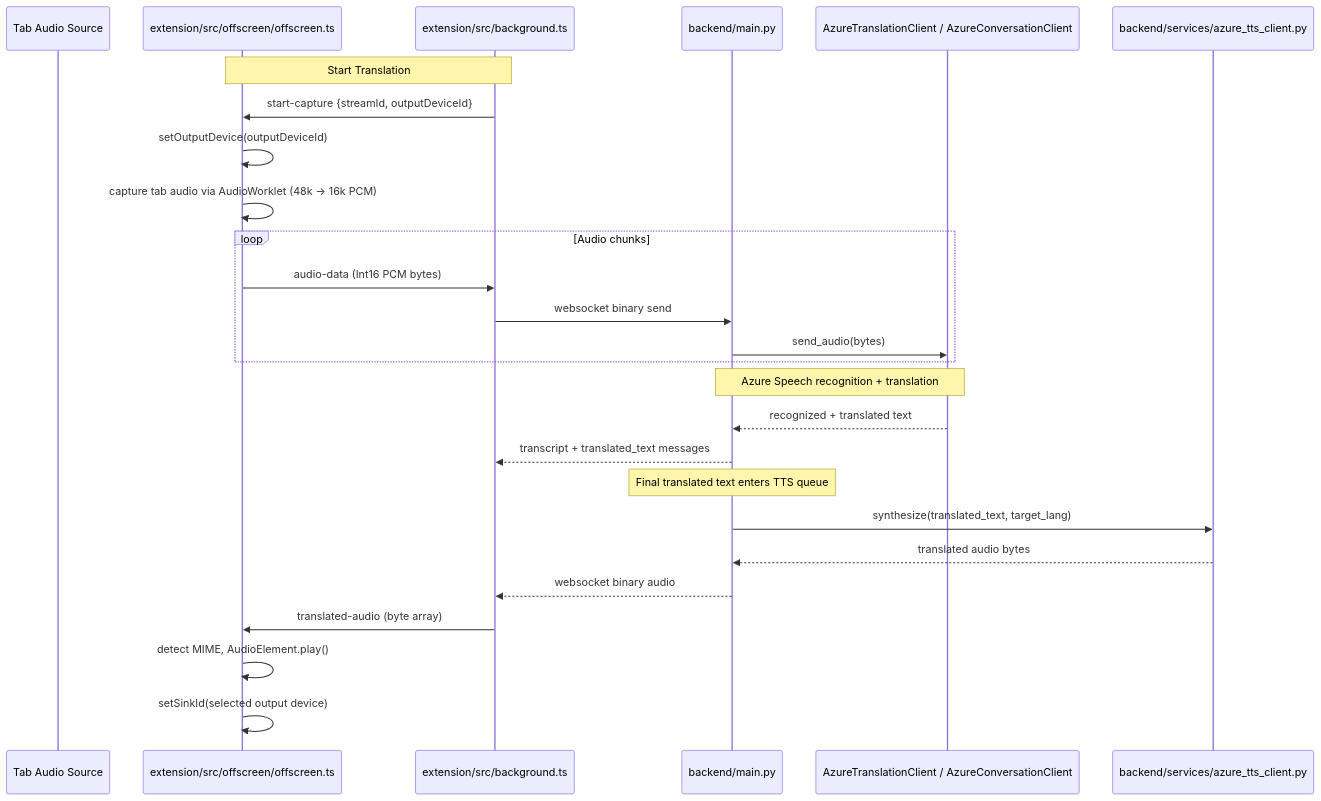
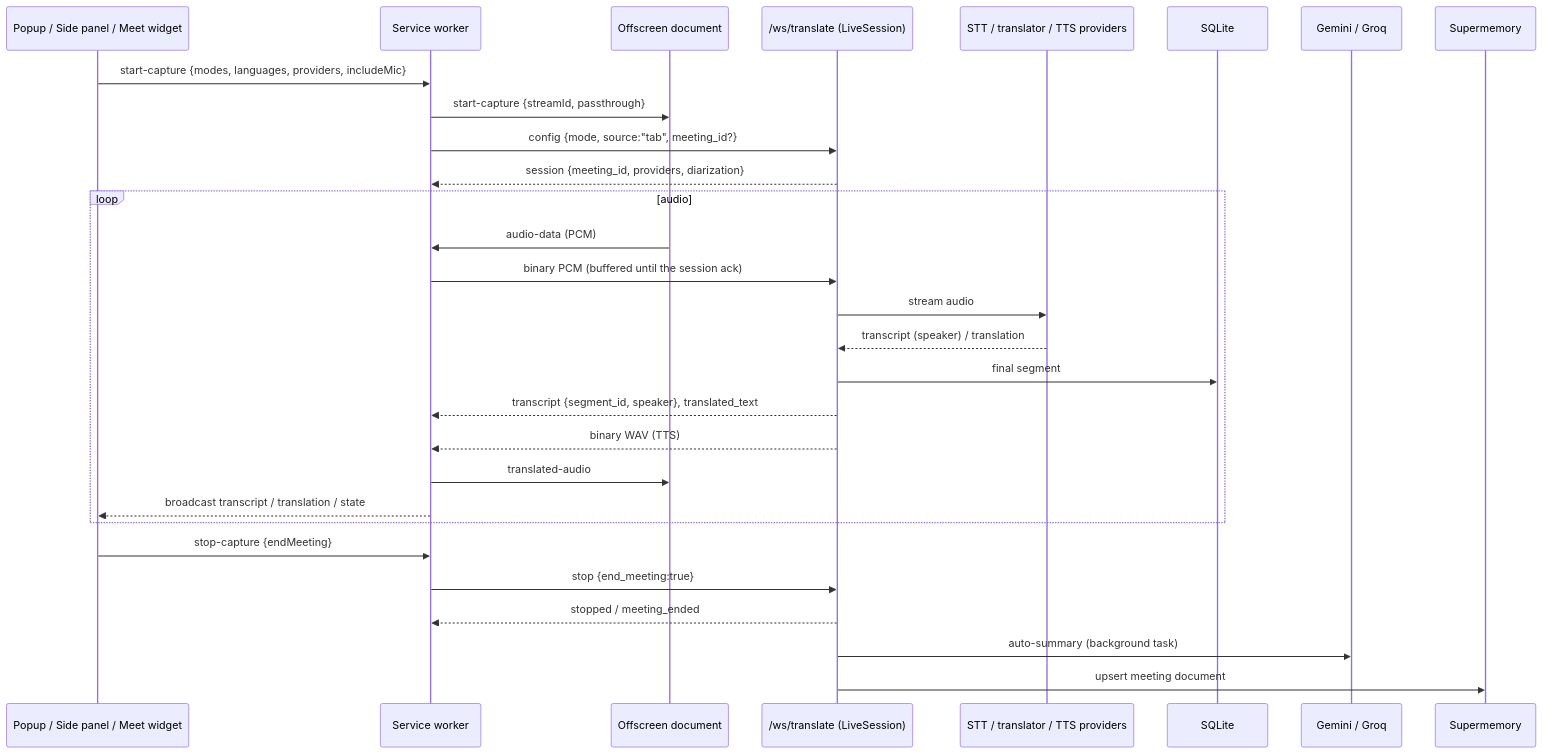
The diagram in architecture.md (Kvndoshi/smartmeetingcompanion), drawn with Mermaid before and after one commit. The commit also changed other lines of this file and 4 other files, not shown here.

Commit message:
docs: update README and architecture, add testing checklist

````diff
--- a/architecture.md
+++ b/architecture.md
@@ -22,33 +23,32 @@
 ```mermaid
 sequenceDiagram
-    participant Tab as Tab Audio Source
-    participant OFS as extension/src/offscreen/offscreen.ts
-    participant BG as extension/src/background.ts
-    participant API as backend/main.py
-    participant AZ_STT as AzureTranslationClient / AzureConversationClient
-    participant AZ_TTS as backend/services/azure_tts_client.py
+    participant UI as Popup / Side panel / Meet widget
+    participant SW as Service worker
+    participant OFS as Offscreen document
+    participant WS as /ws/translate (LiveSession)
+    participant P as STT / translator / TTS providers
+    participant DB as SQLite
+    participant LLM as Gemini / Groq
+    participant SM as Supermemory
 
-    Note over BG,OFS: Start Translation
-    BG->>OFS: start-capture {streamId, outputDeviceId}
-    OFS->>OFS: setOutputDevice(outputDeviceId)
-    OFS->>OFS: capture tab audio via AudioWorklet (48k -> 16k PCM)
-
-    loop Audio chunks
-        OFS->>BG: audio-data (Int16 PCM bytes)
-        BG->>API: websocket binary send
-        API->>AZ_STT: send_audio(bytes)
+    UI->>SW: start-capture {modes, languages, providers, includeMic}
+    SW->>OFS: start-capture {streamId, passthrough}
+    SW->>WS: config {mode, source:"tab", meeting_id?}
+    WS-->>SW: session {meeting_id, providers, diarization}
+    loop audio
+        OFS->>SW: audio-data (PCM)
+        SW->>WS: binary PCM (buffered until the session ack)
+        WS->>P: stream audio
+        P-->>WS: transcript (speaker) / translation
+        WS->>DB: final segment
+        WS-->>SW: transcript {segment_id, speaker}, translated_text
+        WS-->>SW: binary WAV (TTS)
+        SW->>OFS: translated-audio
+        SW-->>UI: broadcast transcript / translation / state
     end
-
-    Note over AZ_STT,API: Azure Speech recognition + translation
-    AZ_STT-->>API: recognized + translated text
-    API-->>BG: transcript + translated_text messages
-
-    Note over API: Final translated text enters TTS queue
-    API->>AZ_TTS: synthesize(translated_text, target_lang)
-    AZ_TTS-->>API: translated audio bytes
-
-    API-->>BG: websocket binary audio
-    BG->>OFS: translated-audio (byte array)
-    OFS->>OFS: detect MIME, AudioElement.play()
-    OFS->>OFS: setSinkId(selected output device)
+    UI->>SW: stop-capture {endMeeting}
+    SW->>WS: stop {end_meeting:true}
+    WS-->>SW: stopped / meeting_ended
+    WS->>LLM: auto-summary (background task)
+    WS->>SM: upsert meeting document
 ```
````
